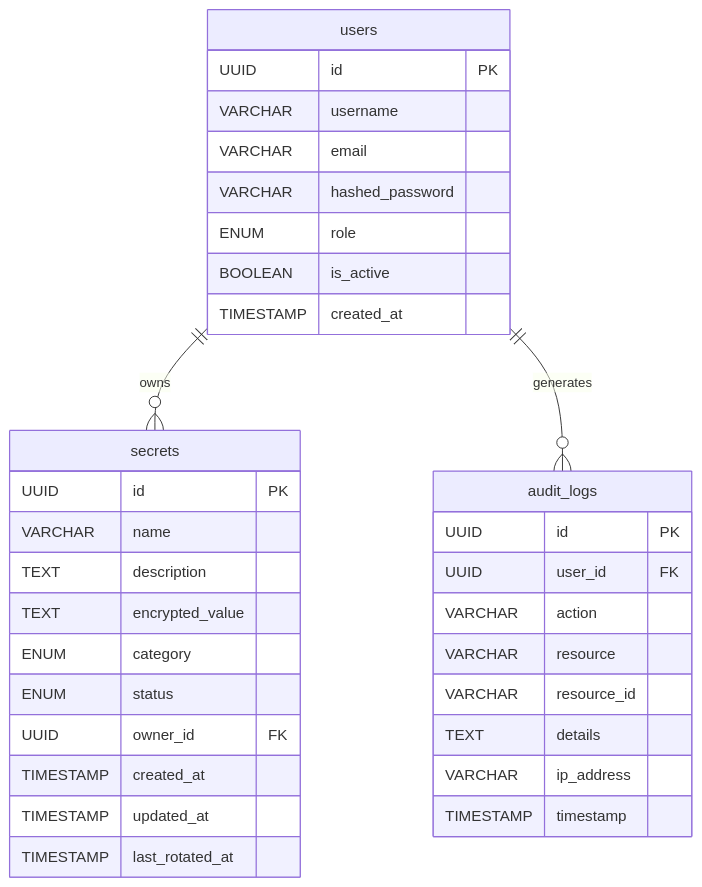
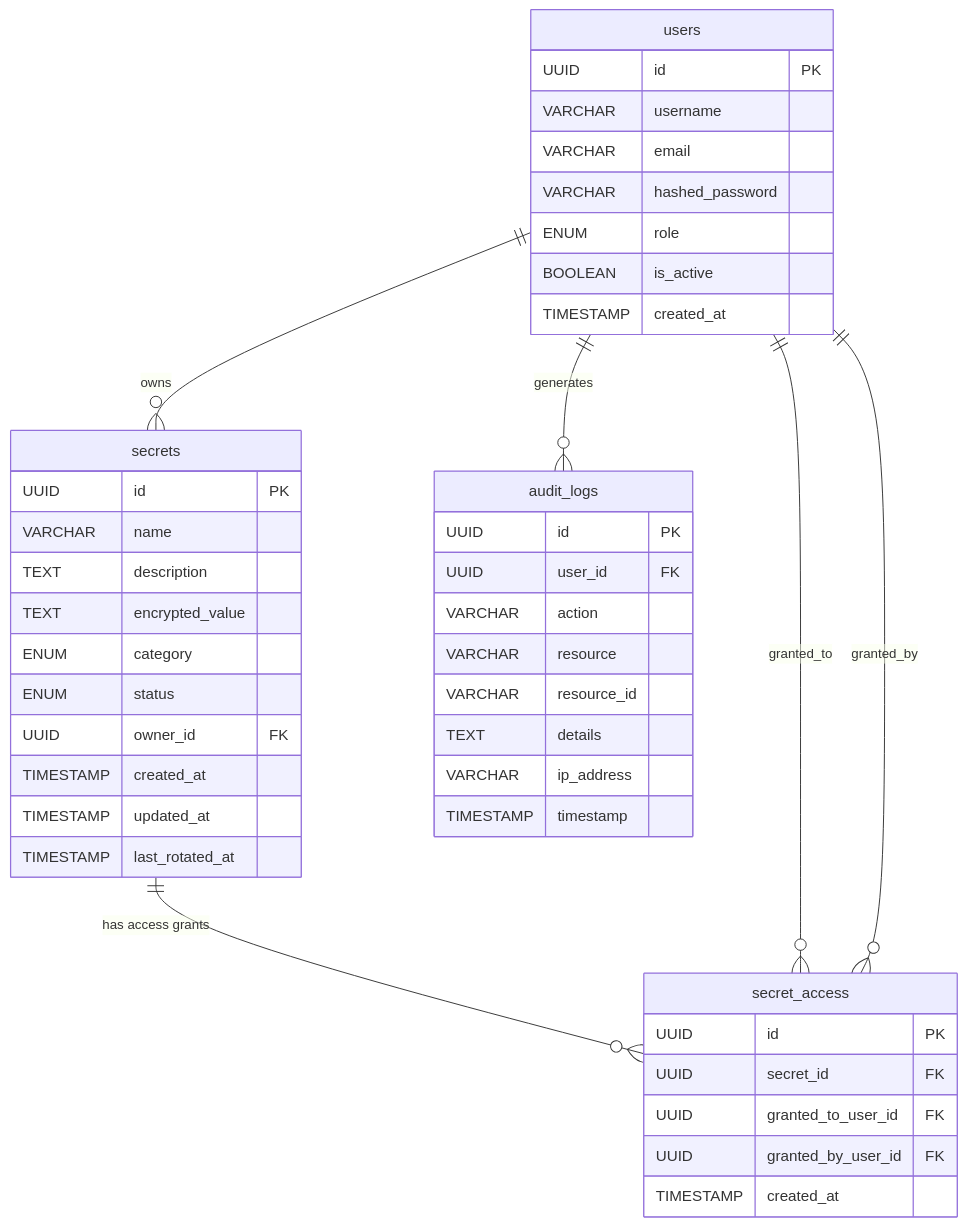
The ninth of 9 diagrams in arquitectura.md (Angels1104/Manuales), drawn with Mermaid before and after one commit. The commit also changed other lines of this file, not shown here.

````diff
--- a/arquitectura.md
+++ b/arquitectura.md
@@ -268,39 +316,50 @@
 ```mermaid
 erDiagram
     users {
         UUID id PK
         VARCHAR username
         VARCHAR email
         VARCHAR hashed_password
         ENUM role
         BOOLEAN is_active
         TIMESTAMP created_at
     }
 
     secrets {
         UUID id PK
         VARCHAR name
         TEXT description
         TEXT encrypted_value
         ENUM category
         ENUM status
         UUID owner_id FK
         TIMESTAMP created_at
         TIMESTAMP updated_at
         TIMESTAMP last_rotated_at
     }
 
+    secret_access {
+        UUID id PK
+        UUID secret_id FK
+        UUID granted_to_user_id FK
+        UUID granted_by_user_id FK
+        TIMESTAMP created_at
+    }
+
     audit_logs {
         UUID id PK
         UUID user_id FK
         VARCHAR action
         VARCHAR resource
         VARCHAR resource_id
         TEXT details
         VARCHAR ip_address
         TIMESTAMP timestamp
     }
 
     users ||--o{ secrets : "owns"
     users ||--o{ audit_logs : "generates"
+    secrets ||--o{ secret_access : "has access grants"
+    users ||--o{ secret_access : "granted_to"
+    users ||--o{ secret_access : "granted_by"
 ```
````
